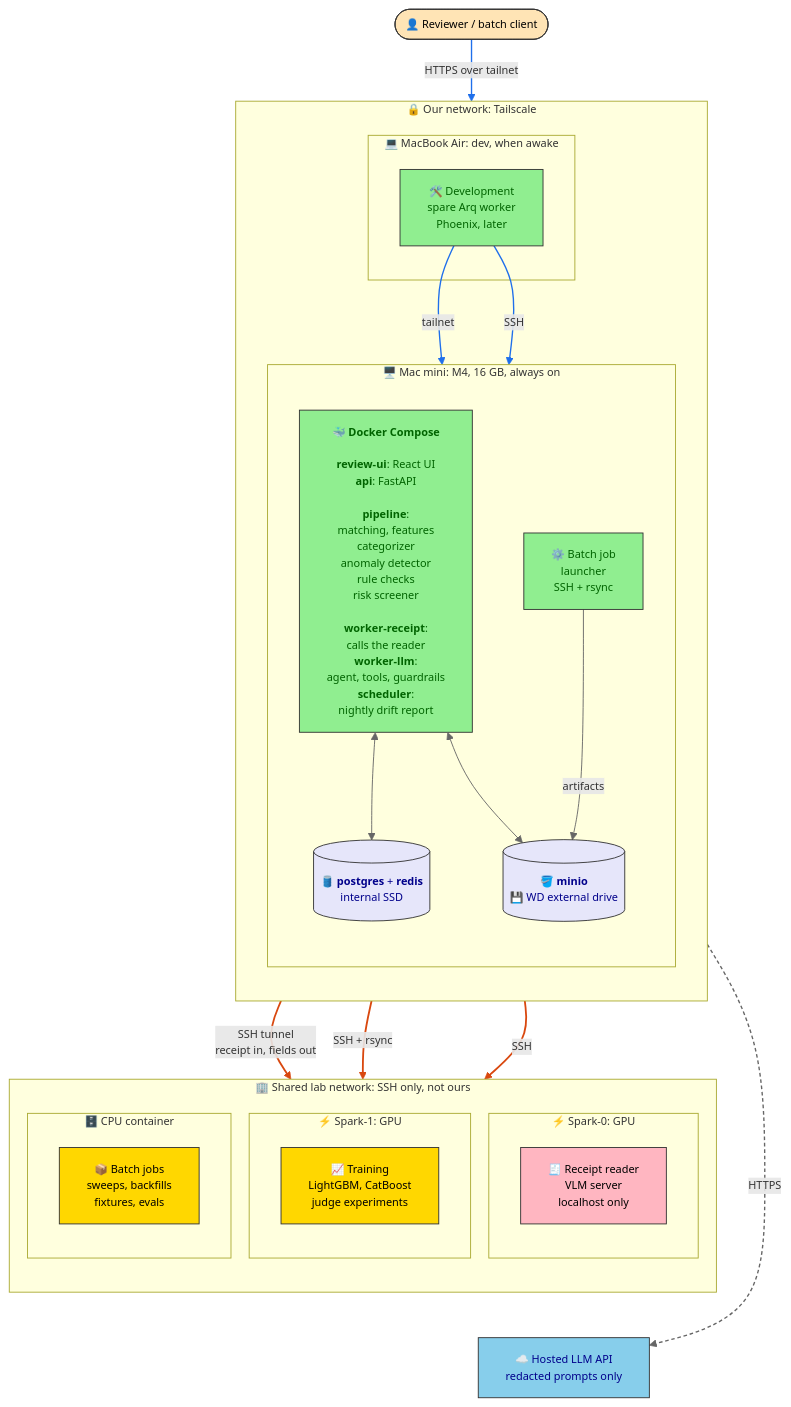
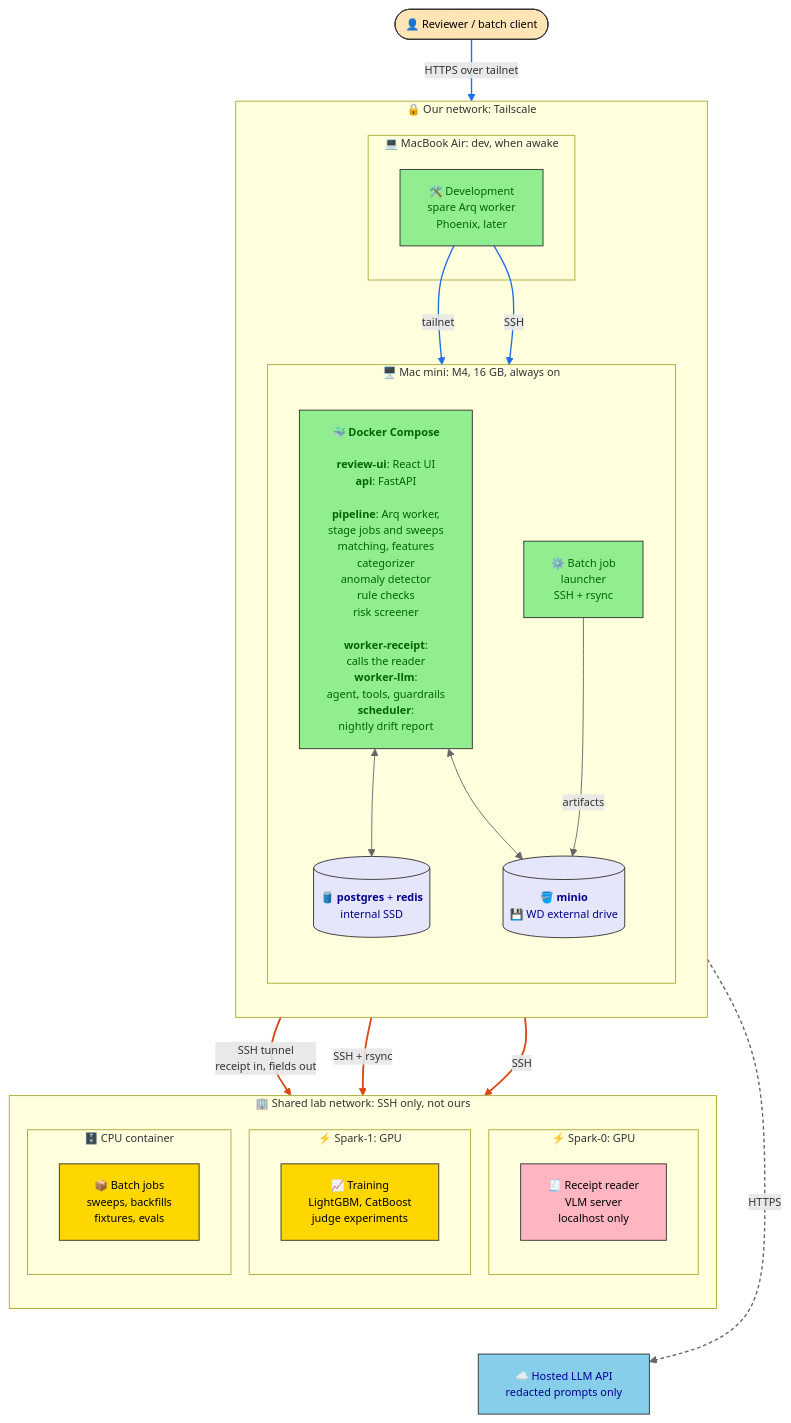
One commit to JustinaChano04/Flag-It changed the fifth of 6 diagrams in docs/technology-architecture.md. Above: the diagram before and after it, drawn with Mermaid. The commit also changed other lines of this file and 8 other files, not shown here.

Commit message:
docs: orchestrator decisions and diagrams

````diff
--- a/docs/technology-architecture.md
+++ b/docs/technology-architecture.md
@@ -251,65 +258,65 @@
 ```mermaid
 %%{init: {"flowchart": {"useMaxWidth": false}, "themeVariables": {"fontSize": "12px"}}}%%
 flowchart TB
     reviewer(["👤 Reviewer / batch client"])
 
     subgraph HOME["🔒 Our network: Tailscale"]
         direction TB
         subgraph AIR["💻 MacBook Air: dev, when awake"]
             air["🛠️ Development<br/>spare Arq worker<br/>Phoenix, later"]
         end
         subgraph MINI["🖥️ Mac mini: M4, 16 GB, always on"]
             direction TB
-            svc["<b>🐳 Docker Compose</b><br/><br/><b>review-ui</b>: React UI<br/><b>api</b>: FastAPI<br/><br/><b>pipeline</b>:<br/>matching, features<br/>categorizer<br/>anomaly detector<br/>rule checks<br/>risk screener<br/><br/><b>worker-receipt</b>:<br/>calls the reader<br/><b>worker-llm</b>:<br/>agent, tools, guardrails<br/><b>scheduler</b>:<br/>nightly drift report"]
+            svc["<b>🐳 Docker Compose</b><br/><br/><b>review-ui</b>: React UI<br/><b>api</b>: FastAPI<br/><br/><b>pipeline</b>: Arq worker,<br/>stage jobs and sweeps<br/>matching, features<br/>categorizer<br/>anomaly detector<br/>rule checks<br/>risk screener<br/><br/><b>worker-receipt</b>:<br/>calls the reader<br/><b>worker-llm</b>:<br/>agent, tools, guardrails<br/><b>scheduler</b>:<br/>nightly drift report"]
             pg[("🛢️ <b>postgres</b> + <b>redis</b><br/>internal SSD")]
             minio[("🪣 <b>minio</b><br/>💾 WD external drive")]
             jobs["⚙️ Batch job<br/>launcher<br/>SSH + rsync"]
         end
     end
 
     subgraph LAB["🏢 Shared lab network: SSH only, not ours"]
         direction TB
         subgraph S0["⚡ Spark-0: GPU"]
             vlm["🧾 Receipt reader<br/>VLM server<br/>localhost only"]
         end
         subgraph S1["⚡ Spark-1: GPU"]
             train["📈 Training<br/>LightGBM, CatBoost<br/>judge experiments"]
         end
         subgraph CPU["🗄️ CPU container"]
             batch["📦 Batch jobs<br/>sweeps, backfills<br/>fixtures, evals"]
         end
     end
 
     llmapi["☁️ Hosted LLM API<br/>redacted prompts only"]
 
     reviewer -->|"HTTPS over tailnet"| svc
     air -->|"tailnet"| svc
     air -->|"SSH"| jobs
     svc <--> pg
     svc <--> minio
     jobs -->|"artifacts"| minio
     svc ==>|"SSH tunnel<br/>receipt in, fields out"| vlm
     jobs ==>|"SSH + rsync"| train
     jobs ==>|"SSH"| batch
     svc -->|"HTTPS"| llmapi
     vlm ~~~ llmapi
 
     classDef app fill:#90EE90,stroke:#333,stroke-width:1px,color:darkgreen
     classDef store fill:#E6E6FA,stroke:#333,stroke-width:1px,color:darkblue
     classDef model fill:#FFB6C1,stroke:#333,stroke-width:1px,color:black
     classDef compute fill:#FFD700,stroke:#333,stroke-width:1px,color:black
     classDef external fill:#87CEEB,stroke:#333,stroke-width:1px,color:darkblue
     classDef actor fill:#FFE4B5,stroke:#333,stroke-width:1px,color:black
 
     class svc,jobs,air app
     class pg,minio store
     class vlm model
     class train,batch compute
     class llmapi external
     class reviewer actor
 
     linkStyle 0,1,2 stroke:#1f6feb,stroke-width:1.5px
     linkStyle 3,4,5 stroke:#666,stroke-width:1px
     linkStyle 6,7,8 stroke:#d9480f,stroke-width:2px
     linkStyle 9 stroke:#666,stroke-width:1.5px,stroke-dasharray:4 3
 ```
````
